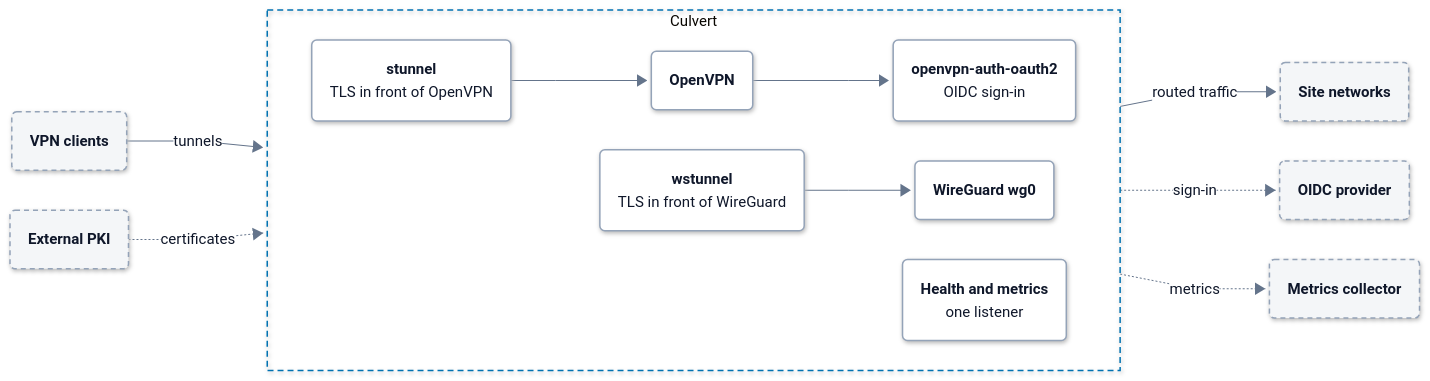
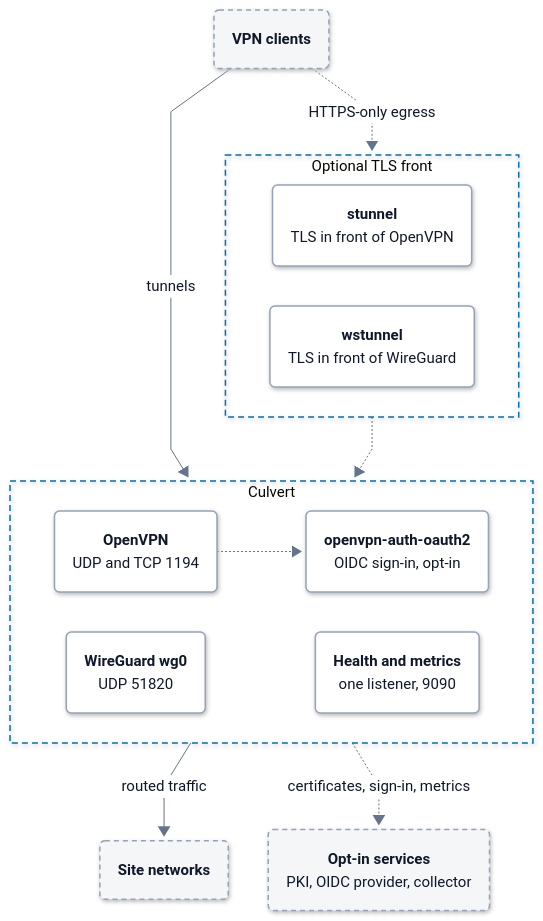
The diagram in docs/architecture.md (hyperi-io/culvert), drawn with Mermaid before and after one commit. The commit also changed other lines of this file and 5 other files, not shown here.

First line of the commit message:
docs(architecture): rebuild architecture.md to match the page standard (#133)

````diff
--- a/docs/architecture.md
+++ b/docs/architecture.md
@@ -154,31 +48,32 @@
     .ui .label-icon{color:#D9480F}
     .ext .label-icon{color:#64748B}
 ---
-flowchart LR
-    accTitle: L3 Components -- Culvert
-    accDescr: Clients reach OpenVPN directly or through stunnel, and WireGuard directly or through wstunnel. OpenVPN hands sign-in to openvpn-auth-oauth2. One listener serves health and metrics.
-
+flowchart TB
+    accTitle: L3 Components -- culvert
+    accDescr: VPN clients reach OpenVPN or WireGuard directly, or through stunnel or wstunnel when only HTTPS gets out. The servers route client traffic to the site networks. OpenVPN can hand sign-in to openvpn-auth-oauth2 and an OIDC provider, an external PKI can supply certificates, and one listener serves health and metrics to a collector.
     clients("<b>VPN clients</b>")
-    pki("<b>External PKI</b>")
-
-    subgraph culvert["Culvert"]
+    subgraph tls["Optional TLS front"]
         direction LR
-        stunnel("<b>stunnel</b><br/><span>TLS in front of OpenVPN</span>") --> openvpn("<b>OpenVPN</b>") --> oauth2("<b>openvpn-auth-oauth2</b><br/><span>OIDC sign-in</span>")
-        wstunnel("<b>wstunnel</b><br/><span>TLS in front of WireGuard</span>") --> wireguard("<b>WireGuard wg0</b>")
-        observability("<b>Health and metrics</b><br/><span>one listener</span>")
+        stunnel("<b>stunnel</b><br/><span>TLS in front of OpenVPN</span>")
+        wstunnel("<b>wstunnel</b><br/><span>TLS in front of WireGuard</span>")
     end
-
+    subgraph servers["Culvert"]
+        direction LR
+        openvpn("<b>OpenVPN</b><br/><span>UDP and TCP 1194</span>")
+        oauth2("<b>openvpn-auth-oauth2</b><br/><span>OIDC sign-in, opt-in</span>")
+        wireguard("<b>WireGuard wg0</b><br/><span>UDP 51820</span>")
+        observability("<b>Health and metrics</b><br/><span>one listener, 9090</span>")
+        openvpn -.-> oauth2
+        wireguard ~~~ observability
+    end
     networks("<b>Site networks</b>")
-    idp("<b>OIDC provider</b>")
-    collector("<b>Metrics collector</b>")
-
-    clients -->|tunnels| culvert
-    pki -.->|certificates| culvert
-    culvert -->|routed traffic| networks
-    culvert -.->|sign-in| idp
-    culvert -.->|metrics| collector
-
-    class clients,pki,networks,idp,collector ext
+    external("<b>Opt-in services</b><br/><span>PKI, OIDC provider, collector</span>")
+    clients -->|tunnels| servers
+    clients -.->|HTTPS-only egress| tls
+    tls -.-> servers
+    servers -->|routed traffic| networks
+    servers -.->|certificates, sign-in, metrics| external
+    class clients,networks,external ext
     class stunnel,openvpn,oauth2,wstunnel,wireguard,observability part
   classDef ext fill:#F4F6F8,stroke:#94A3B8,stroke-width:1.5px,stroke-dasharray:5 4,color:#0F172A
   classDef ingest fill:#FFFFFF,stroke:#0E8A7D,stroke-width:3px,color:#0F172A
@@ -191,5 +86,6 @@
   classDef error fill:#FFFFFF,stroke:#C2410C,stroke-width:3px,color:#0F172A
   classDef control fill:#FFFFFF,stroke:#334155,stroke-width:3px,color:#0F172A
   classDef part fill:#FFFFFF,stroke:#94A3B8,stroke-width:1.5px,color:#0F172A
-  style culvert fill:none,stroke:#0072B2,stroke-width:1.5px,stroke-dasharray:6 4
+  style tls fill:none,stroke:#0072B2,stroke-width:1.5px,stroke-dasharray:6 4
+  style servers fill:none,stroke:#0072B2,stroke-width:1.5px,stroke-dasharray:6 4
 ```
````
